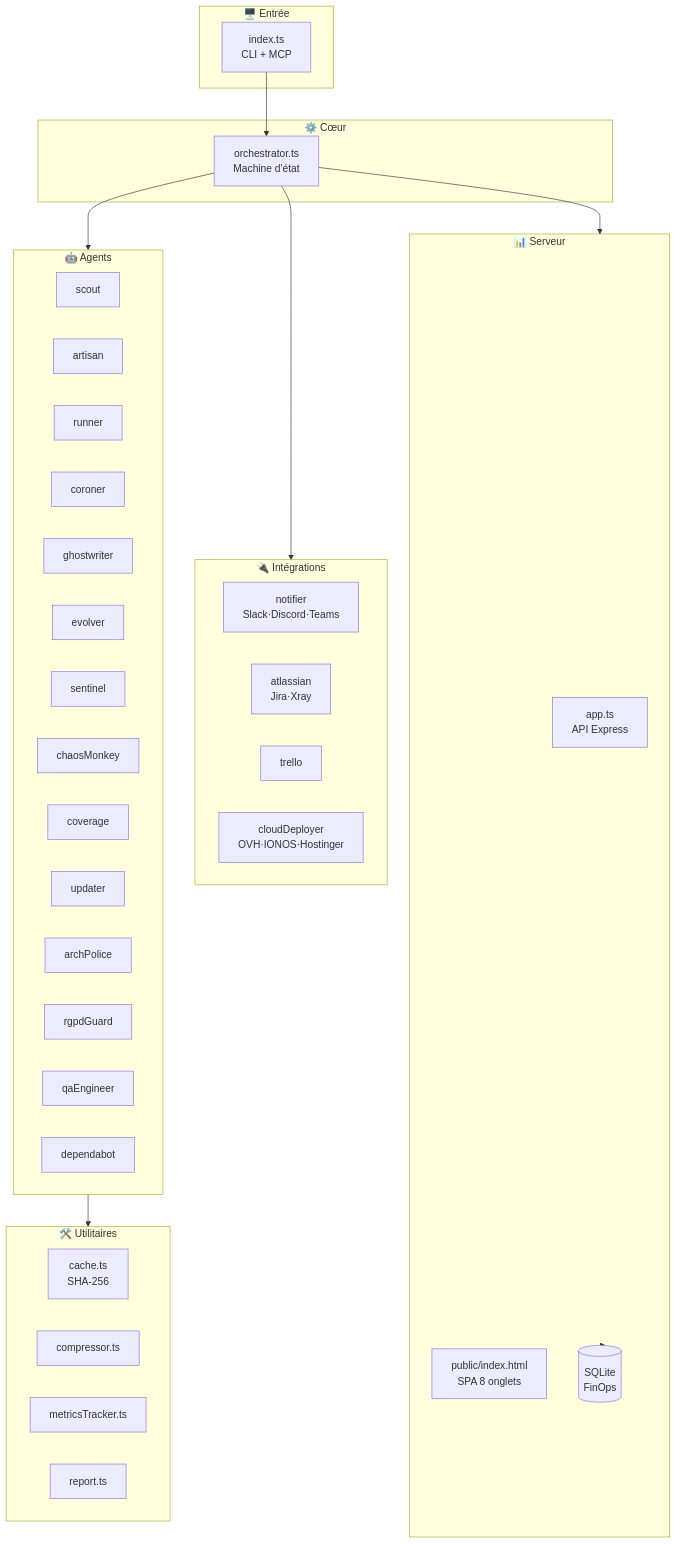
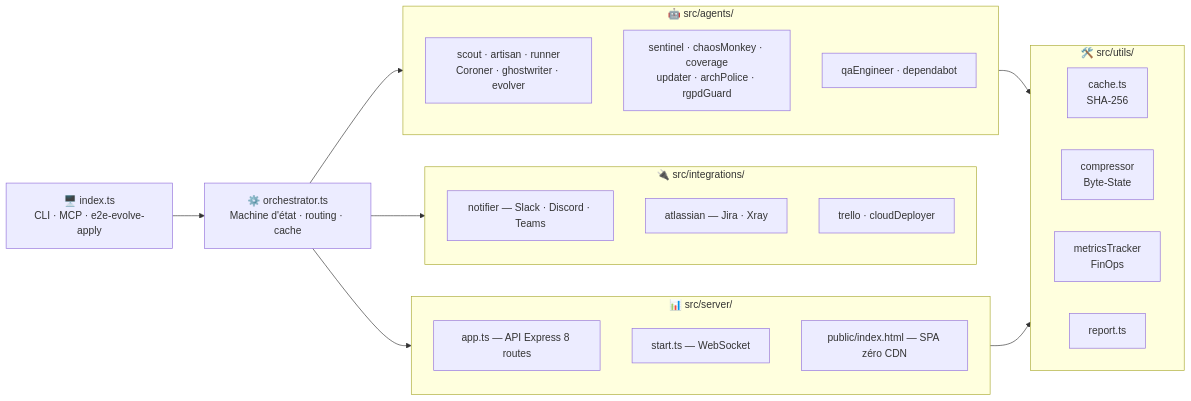
Before and after one commit to Aronbfrt/test-end-to-end: the fourth of 4 diagrams in README.md, drawn with Mermaid. The commit also changed other lines of this file, not shown here.

First line of the commit message:
docs: logo 480px, Mermaid tous les schémas, dashboard image unique, arborescence ouverte

````diff
--- a/README.md
+++ b/README.md
@@ -327,55 +340,40 @@
 ```mermaid
-graph TD
-    subgraph CLI["🖥️ Entrée"]
-        IDX[index.ts\nCLI + MCP]
+graph LR
+    IDX["🖥️ index.ts\nCLI · MCP · e2e-evolve-apply"] --> ORCH["⚙️ orchestrator.ts\nMachine d'état · routing · cache"]
+
+    ORCH --> AG
+    ORCH --> IN
+    ORCH --> SV
+
+    subgraph AG["🤖 src/agents/"]
+        direction TB
+        AG1["scout · artisan · runner\nCoroner · ghostwriter · evolver"]
+        AG2["sentinel · chaosMonkey · coverage\nupdater · archPolice · rgpdGuard"]
+        AG3["qaEngineer · dependabot"]
     end
 
-    subgraph CORE["⚙️ Cœur"]
-        ORCH[orchestrator.ts\nMachine d'état]
+    subgraph IN["🔌 src/integrations/"]
+        direction TB
+        IN1["notifier — Slack · Discord · Teams"]
+        IN2["atlassian — Jira · Xray"]
+        IN3["trello · cloudDeployer"]
     end
 
-    subgraph AGENTS["🤖 Agents"]
-        direction LR
-        A1[scout]
-        A2[artisan]
-        A3[runner]
-        A4[coroner]
-        A5[ghostwriter]
-        A6[evolver]
-        A7[sentinel]
-        A8[chaosMonkey]
-        A9[coverage]
-        A10[updater]
-        A11[archPolice]
-        A12[rgpdGuard]
-        A13[qaEngineer]
-        A14[dependabot]
+    subgraph SV["📊 src/server/"]
+        direction TB
+        SV1["app.ts — API Express 8 routes"]
+        SV2["start.ts — WebSocket"]
+        SV3["public/index.html — SPA zéro CDN"]
     end
 
-    subgraph INTEGRATIONS["🔌 Intégrations"]
-        I1[notifier\nSlack·Discord·Teams]
-        I2[atlassian\nJira·Xray]
-        I3[trello]
-        I4[cloudDeployer\nOVH·IONOS·Hostinger]
+    AG --> UT
+    SV --> UT
+
+    subgraph UT["🛠️ src/utils/"]
+        direction LR
+        UT1["cache.ts\nSHA-256"] 
+        UT2["compressor\nByte-State"]
+        UT3["metricsTracker\nFinOps"]
+        UT4["report.ts"]
     end
-
-    subgraph SERVER["📊 Serveur"]
-        S1[app.ts\nAPI Express]
-        S2[public/index.html\nSPA 8 onglets]
-        S3[(SQLite\nFinOps)]
-    end
-
-    subgraph UTILS["🛠️ Utilitaires"]
-        U1[cache.ts\nSHA-256]
-        U2[compressor.ts]
-        U3[metricsTracker.ts]
-        U4[report.ts]
-    end
-
-    IDX --> ORCH
-    ORCH --> AGENTS
-    ORCH --> INTEGRATIONS
-    ORCH --> SERVER
-    AGENTS --> UTILS
-    SERVER --> S3
 ```
````
